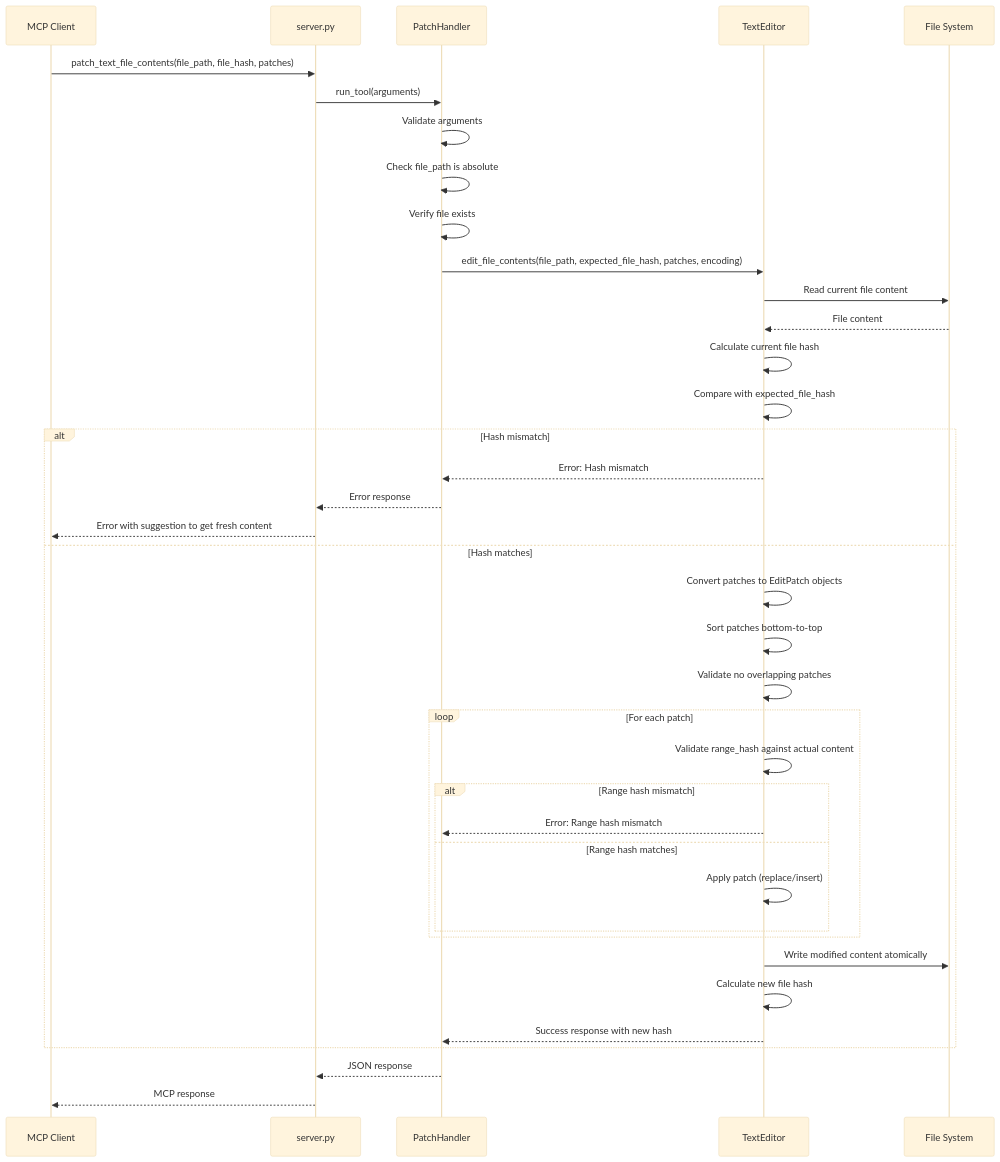
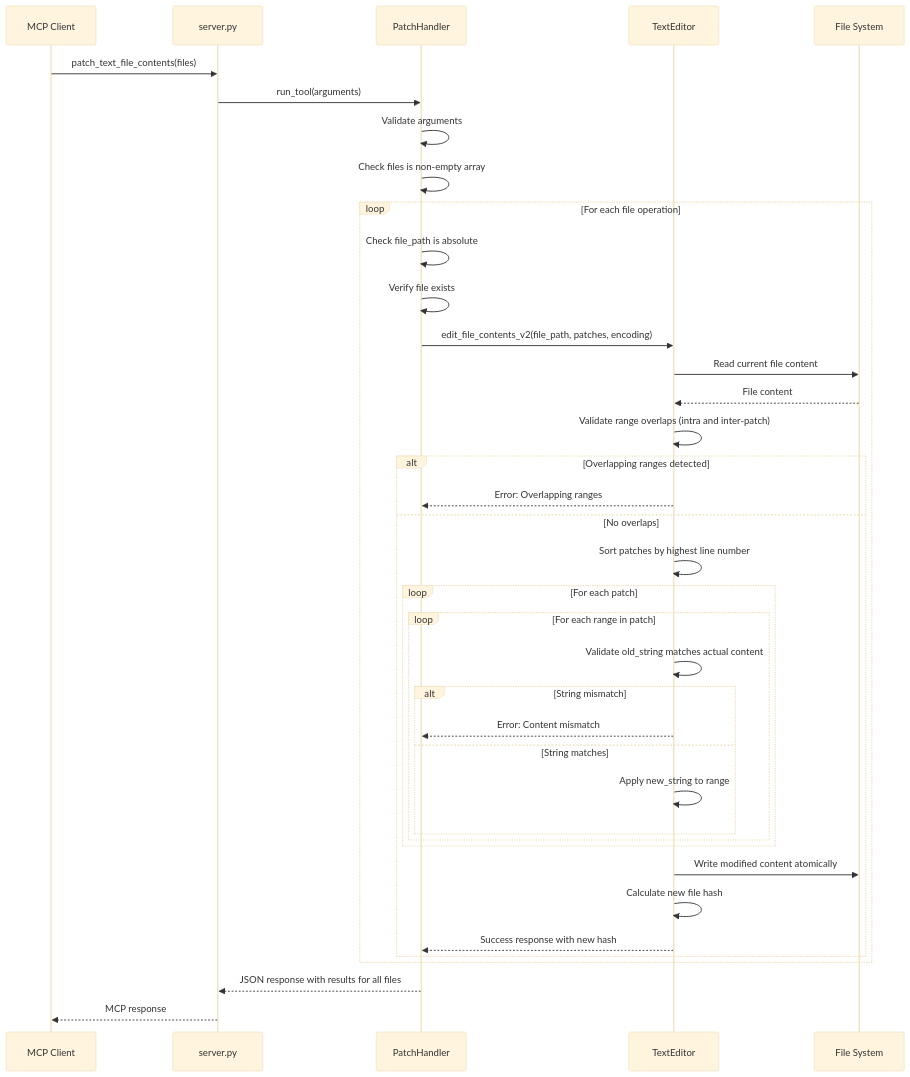
One commit to chloelee767/mcp-text-editor changed the first of 6 diagrams in API_FLOW.md. Above: the diagram before and after it, drawn with Mermaid (base theme). The commit also changed other lines of this file, not shown here.

Commit message:
Phase 4: Update API documentation for string-based patch API
- Updated API_FLOW.md to reflect new string-based validation
- Added multi-range processing flow documentation
- Updated error handling flows for string mismatch detection
- Updated concurrency section to mention string-based validation

🤖 Generated with [Claude Code](https://claude.ai/code)

````diff
--- a/API_FLOW.md
+++ b/API_FLOW.md
@@ -29,49 +29,50 @@
 ```mermaid
 sequenceDiagram
     participant Client as MCP Client
     participant Server as server.py
     participant Handler as PatchHandler
     participant Editor as TextEditor
     participant FS as File System
 
-    Client->>Server: patch_text_file_contents(file_path, file_hash, patches)
+    Client->>Server: patch_text_file_contents(files)
     Server->>Handler: run_tool(arguments)
     
     Handler->>Handler: Validate arguments
-    Handler->>Handler: Check file_path is absolute
-    Handler->>Handler: Verify file exists
+    Handler->>Handler: Check files is non-empty array
     
-    Handler->>Editor: edit_file_contents(file_path, expected_file_hash, patches, encoding)
-    
-    Editor->>FS: Read current file content
-    FS-->>Editor: File content
-    
-    Editor->>Editor: Calculate current file hash
-    Editor->>Editor: Compare with expected_file_hash
-    
-    alt Hash mismatch
-        Editor-->>Handler: Error: Hash mismatch
-        Handler-->>Server: Error response
-        Server-->>Client: Error with suggestion to get fresh content
-    else Hash matches
-        Editor->>Editor: Convert patches to EditPatch objects
-        Editor->>Editor: Sort patches bottom-to-top
-        Editor->>Editor: Validate no overlapping patches
+    loop For each file operation
+        Handler->>Handler: Check file_path is absolute
+        Handler->>Handler: Verify file exists
         
-        loop For each patch
-            Editor->>Editor: Validate range_hash against actual content
-            alt Range hash mismatch
-                Editor-->>Handler: Error: Range hash mismatch
-            else Range hash matches
-                Editor->>Editor: Apply patch (replace/insert)
+        Handler->>Editor: edit_file_contents_v2(file_path, patches, encoding)
+        
+        Editor->>FS: Read current file content
+        FS-->>Editor: File content
+        
+        Editor->>Editor: Validate range overlaps (intra and inter-patch)
+        
+        alt Overlapping ranges detected
+            Editor-->>Handler: Error: Overlapping ranges
+        else No overlaps
+            Editor->>Editor: Sort patches by highest line number
+            
+            loop For each patch
+                loop For each range in patch
+                    Editor->>Editor: Validate old_string matches actual content
+                    alt String mismatch
+                        Editor-->>Handler: Error: Content mismatch
+                    else String matches
+                        Editor->>Editor: Apply new_string to range
+                    end
+                end
             end
+            
+            Editor->>FS: Write modified content atomically
+            Editor->>Editor: Calculate new file hash
+            Editor-->>Handler: Success response with new hash
         end
-        
-        Editor->>FS: Write modified content atomically
-        Editor->>Editor: Calculate new file hash
-        Editor-->>Handler: Success response with new hash
     end
     
-    Handler-->>Server: JSON response
+    Handler-->>Server: JSON response with results for all files
     Server-->>Client: MCP response
 ```
````
